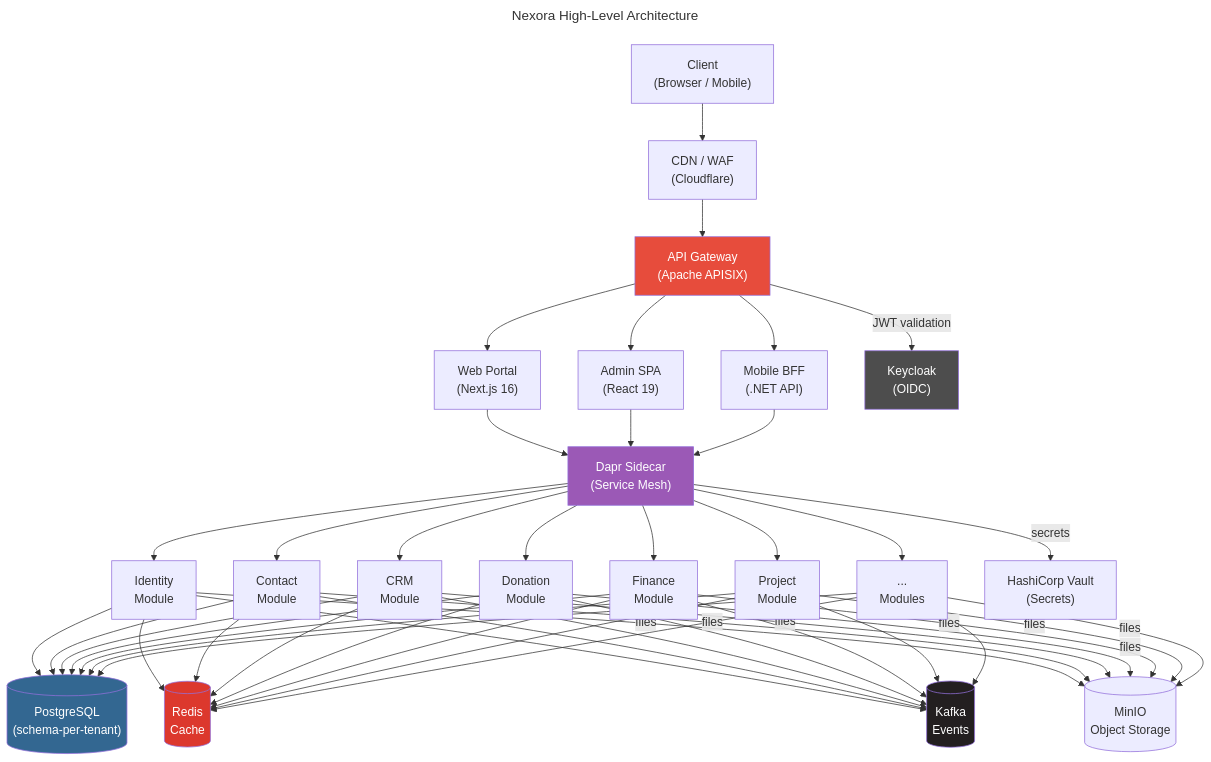
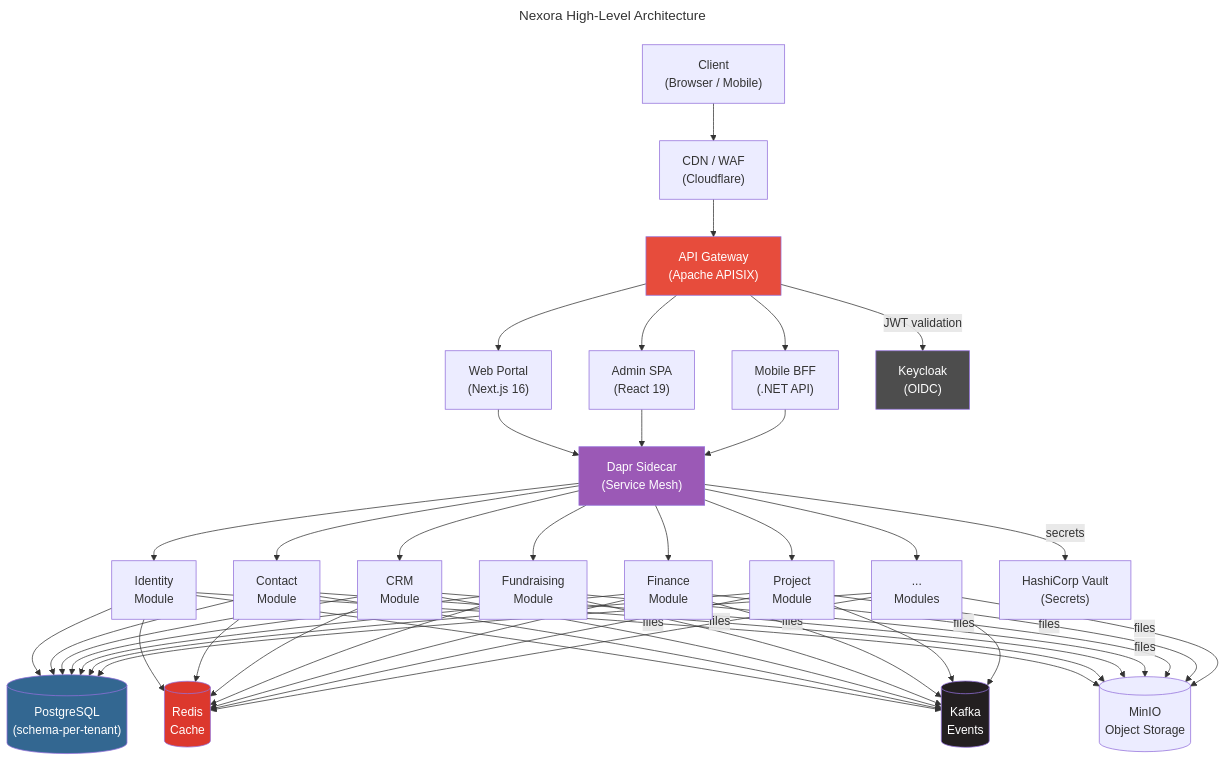
Before and after one commit to cemililik/Nexora: the second of 5 diagrams in docs/architecture/OVERVIEW.md, drawn with Mermaid. The commit also changed other lines of this file and 13 other files, not shown here.

````diff
--- a/docs/architecture/OVERVIEW.md
+++ b/docs/architecture/OVERVIEW.md
@@ -30,46 +30,46 @@
 ```mermaid
 ---
 title: Nexora High-Level Architecture
 ---
 flowchart TB
     Client["Client\n(Browser / Mobile)"]
     CDN["CDN / WAF\n(Cloudflare)"]
     Gateway["API Gateway\n(Apache APISIX)"]
 
     Portal["Web Portal\n(Next.js 16)"]
     Admin["Admin SPA\n(React 19)"]
     BFF["Mobile BFF\n(.NET API)"]
 
     Dapr["Dapr Sidecar\n(Service Mesh)"]
 
     Identity["Identity\nModule"]
     Contacts["Contact\nModule"]
     CRM["CRM\nModule"]
-    Donations["Donation\nModule"]
+    Fundraising["Fundraising\nModule"]
     Finance["Finance\nModule"]
     Projects["Project\nModule"]
     More["...\nModules"]
 
     PG[("PostgreSQL\n(schema-per-tenant)")]
     Redis[("Redis\nCache")]
     Kafka[("Kafka\nEvents")]
     Keycloak["Keycloak\n(OIDC)"]
     MinIO[("MinIO\nObject Storage")]
     Vault["HashiCorp Vault\n(Secrets)"]
 
     Client --> CDN --> Gateway
     Gateway --> Portal & Admin & BFF
     Gateway -- "JWT validation" --> Keycloak
     Portal & Admin & BFF --> Dapr
-    Dapr --> Identity & Contacts & CRM & Donations & Finance & Projects & More
-    Identity & Contacts & CRM & Donations & Finance & Projects & More --> PG & Redis & Kafka
+    Dapr --> Identity & Contacts & CRM & Fundraising & Finance & Projects & More
+    Identity & Contacts & CRM & Fundraising & Finance & Projects & More --> PG & Redis & Kafka
     Dapr -- "secrets" --> Vault
-    Identity & Contacts & CRM & Donations & Finance & Projects & More -- "files" --> MinIO
+    Identity & Contacts & CRM & Fundraising & Finance & Projects & More -- "files" --> MinIO
 
     style Gateway fill:#e74c3c,color:#fff
     style Dapr fill:#9b59b6,color:#fff
     style PG fill:#336791,color:#fff
     style Redis fill:#dc382d,color:#fff
     style Kafka fill:#231f20,color:#fff
     style Keycloak fill:#4d4d4d,color:#fff
 ```
````
